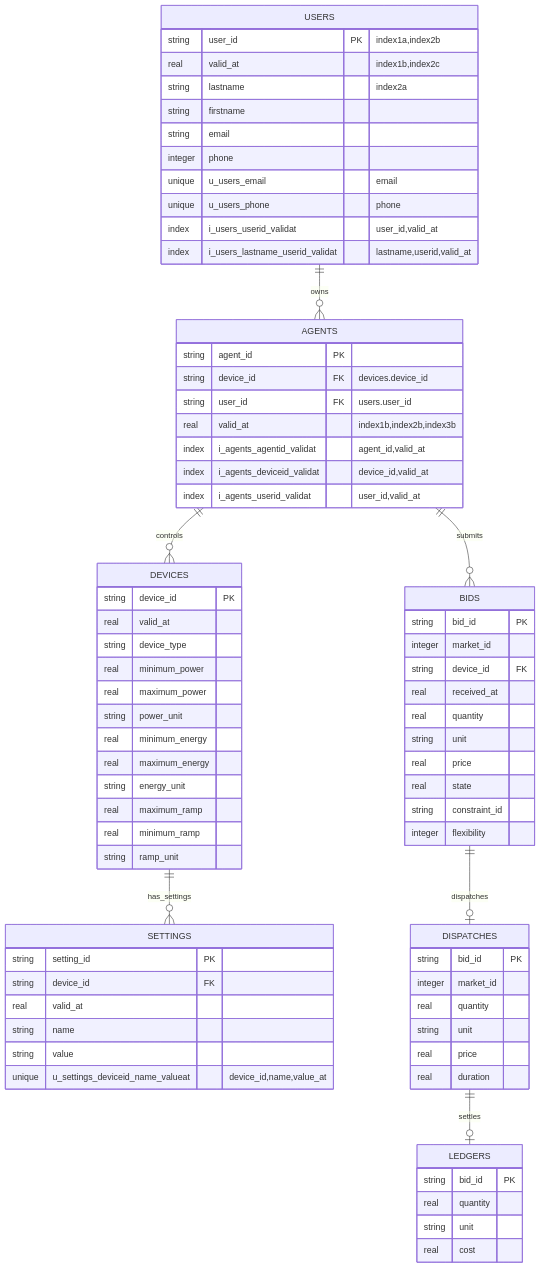
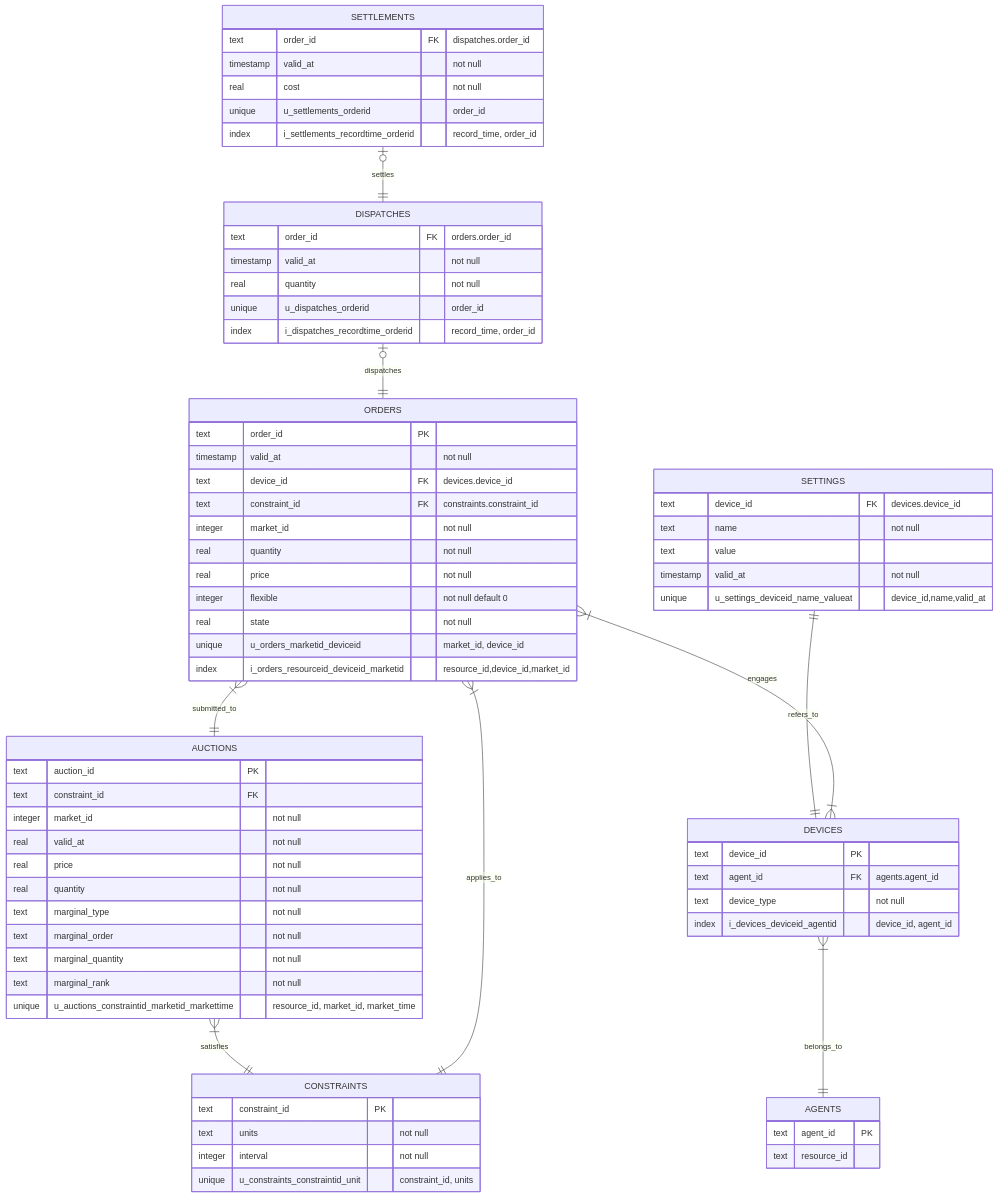
One commit to aivanova5/design changed the diagram in docs/database.md. Above: the diagram before and after it, drawn with Mermaid. The commit also changed 4 other files, not shown here.

````diff
--- a/docs/database.md
+++ b/docs/database.md
@@ -1,87 +1,82 @@
 ```mermaid
 erDiagram
 
-  USERS {
-    string user_id PK "index1a,index2b"
-    real valid_at "index1b,index2c"
-    string lastname "index2a"
-    string firstname
-    string email
-    integer phone
-    unique u_users_email "email"
-    unique u_users_phone "phone"
-    index i_users_userid_validat "user_id,valid_at"
-    index i_users_lastname_userid_validat "lastname,userid,valid_at"
+  CONSTRAINTS {
+    text constraint_id PK
+    text units "not null"
+    integer interval "not null"
+    unique u_constraints_constraintid_unit "constraint_id, units"
   }
-  USERS ||--o{ AGENTS : owns
-
+  
+  AUCTIONS {
+    text auction_id PK
+    text constraint_id FK
+    integer market_id "not null"
+    real valid_at "not null"
+    real price "not null"
+    real quantity "not null"
+    text marginal_type "not null"
+    text marginal_order "not null"
+    text marginal_quantity "not null"
+    text marginal_rank "not null"
+    unique u_auctions_constraintid_marketid_markettime "resource_id, market_id, market_time"
+  }
+  AUCTIONS }|--|| CONSTRAINTS : satisfies
+  
   AGENTS {
-    string agent_id PK 
-    string device_id FK "devices.device_id"
-    string user_id FK "users.user_id"
-    real valid_at "index1b,index2b,index3b"
-    index i_agents_agentid_validat "agent_id,valid_at"
-    index i_agents_deviceid_validat "device_id,valid_at"
-    index i_agents_userid_validat "user_id,valid_at"
+    text agent_id PK
+    text resource_id
   }
   
   DEVICES {
-    string device_id PK
-    real valid_at
-    string device_type
-    real minimum_power
-    real maximum_power
-    string power_unit
-    real minimum_energy
-    real maximum_energy
-    string energy_unit
-    real maximum_ramp
-    real minimum_ramp
-    string ramp_unit
+    text device_id PK
+    text agent_id FK "agents.agent_id"
+    text device_type "not null"
+    index i_devices_deviceid_agentid "device_id, agent_id"
   }
-  AGENTS ||--o{ DEVICES : controls
+  DEVICES }|--|| AGENTS : belongs_to
   
   SETTINGS {
-    string setting_id PK
-    string device_id FK
-    real valid_at
-    string name
-    string value
-    unique u_settings_deviceid_name_valueat "device_id,name,value_at"
+    text device_id FK "devices.device_id"
+    text name "not null"
+    text value
+    timestamp valid_at "not null"
+    unique u_settings_deviceid_name_valueat "device_id,name,valid_at"
   }
-  DEVICES ||--o{ SETTINGS : has_settings
-  
-  
-  BIDS {
-    string bid_id PK
-    integer market_id
-    string device_id FK
-    real received_at
-    real quantity
-    string unit
-    real price
-    real state
-    string constraint_id
-    integer flexibility
+  SETTINGS ||--|| DEVICES : refers_to
+
+  ORDERS {
+    text order_id PK
+    timestamp valid_at "not null"
+    text device_id FK "devices.device_id"
+    text constraint_id FK "constraints.constraint_id"
+    integer market_id "not null"
+    real quantity "not null"
+    real price "not null"
+    integer flexible "not null default 0"
+    real state "not null"
+    unique u_orders_marketid_deviceid "market_id, device_id"
+    index i_orders_resourceid_deviceid_marketid "resource_id,device_id,market_id"
   }
-  AGENTS ||--o{ BIDS : submits
+  ORDERS }|--|| CONSTRAINTS : applies_to
+  ORDERS }|--|{ DEVICES : engages
+  ORDERS }|--|| AUCTIONS: submitted_to
   
   DISPATCHES {
-    string bid_id PK
-    integer market_id
-    real quantity
-    string unit
-    real price
-    real duration
+    text order_id FK "orders.order_id"
+    timestamp valid_at "not null"
+    real quantity "not null"
+    unique u_dispatches_orderid "order_id"
+    index i_dispatches_recordtime_orderid "record_time, order_id"
   }
-  BIDS ||--o| DISPATCHES : dispatches
+  DISPATCHES |o--|| ORDERS : dispatches
   
-  LEDGERS {
-    string bid_id PK
-    real quantity
-    string unit
-    real cost
+  SETTLEMENTS {
+    text order_id FK "dispatches.order_id"
+    timestamp valid_at "not null"
+    real cost "not null"
+    unique u_settlements_orderid "order_id"
+    index i_settlements_recordtime_orderid "record_time, order_id"
   }
-  DISPATCHES ||--o| LEDGERS : settles
-  
+  SETTLEMENTS |o--|| DISPATCHES: settles
 ```
````
